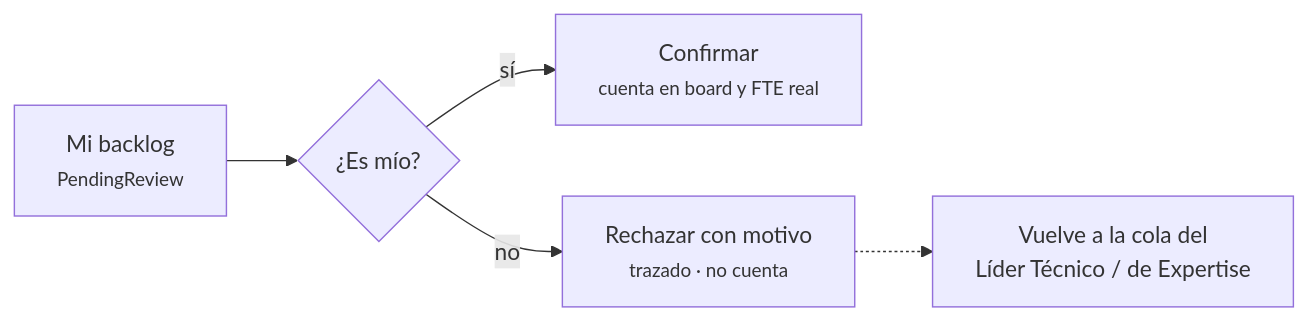
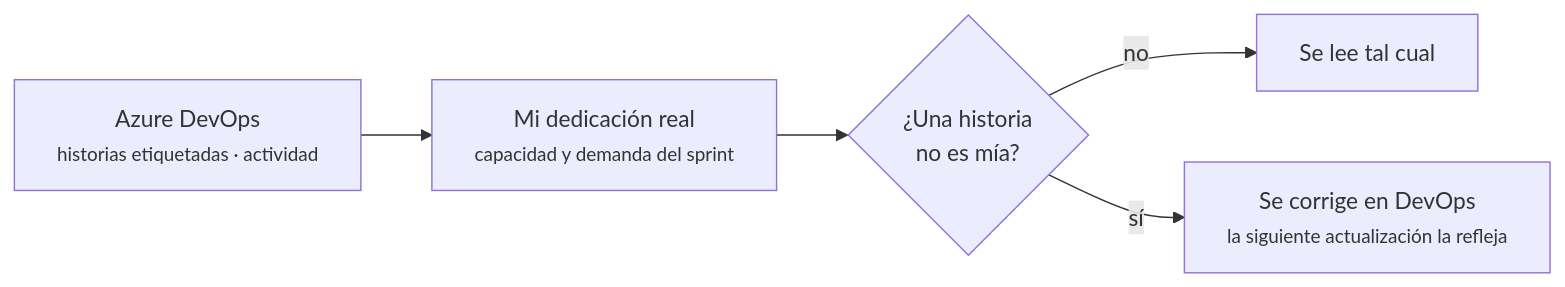
Before and after one commit to estibenlicona/anto: diagram 14 of 17 in context/docs/Roles_y_Permisos_Plataforma.md, drawn with Mermaid. The commit also changed other lines of this file and 500 other files, not shown here.

````diff
--- a/context/docs/Roles_y_Permisos_Plataforma.md
+++ b/context/docs/Roles_y_Permisos_Plataforma.md
@@ -430,7 +406,7 @@
 ```mermaid
 flowchart LR
-    I["Mi backlog<br/><small>PendingReview</small>"] --> Q{"¿Es mío?"}
-    Q -->|sí| C["Confirmar<br/><small>cuenta en board y FTE real</small>"]
-    Q -->|no| R["Rechazar con motivo<br/><small>trazado · no cuenta</small>"]
-    R -.-> L["Vuelve a la cola del<br/>Líder Técnico / de Expertise"]
+    D["Azure DevOps<br/><small>historias etiquetadas · actividad</small>"] --> M["Mi dedicación real<br/><small>capacidad y demanda del sprint</small>"]
+    M --> Q{"¿Una historia<br/>no es mía?"}
+    Q -->|no| OK["Se lee tal cual"]
+    Q -->|sí| F["Se corrige en DevOps<br/><small>la siguiente actualización la refleja</small>"]
 ```
````
